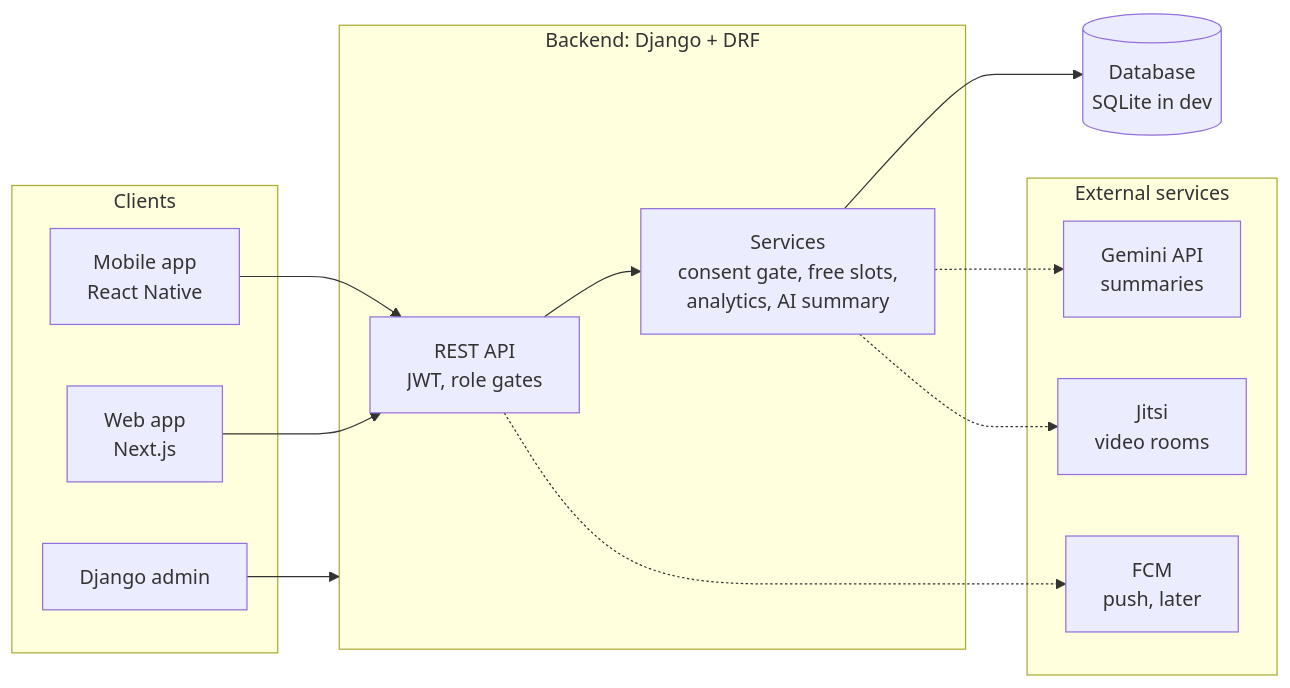
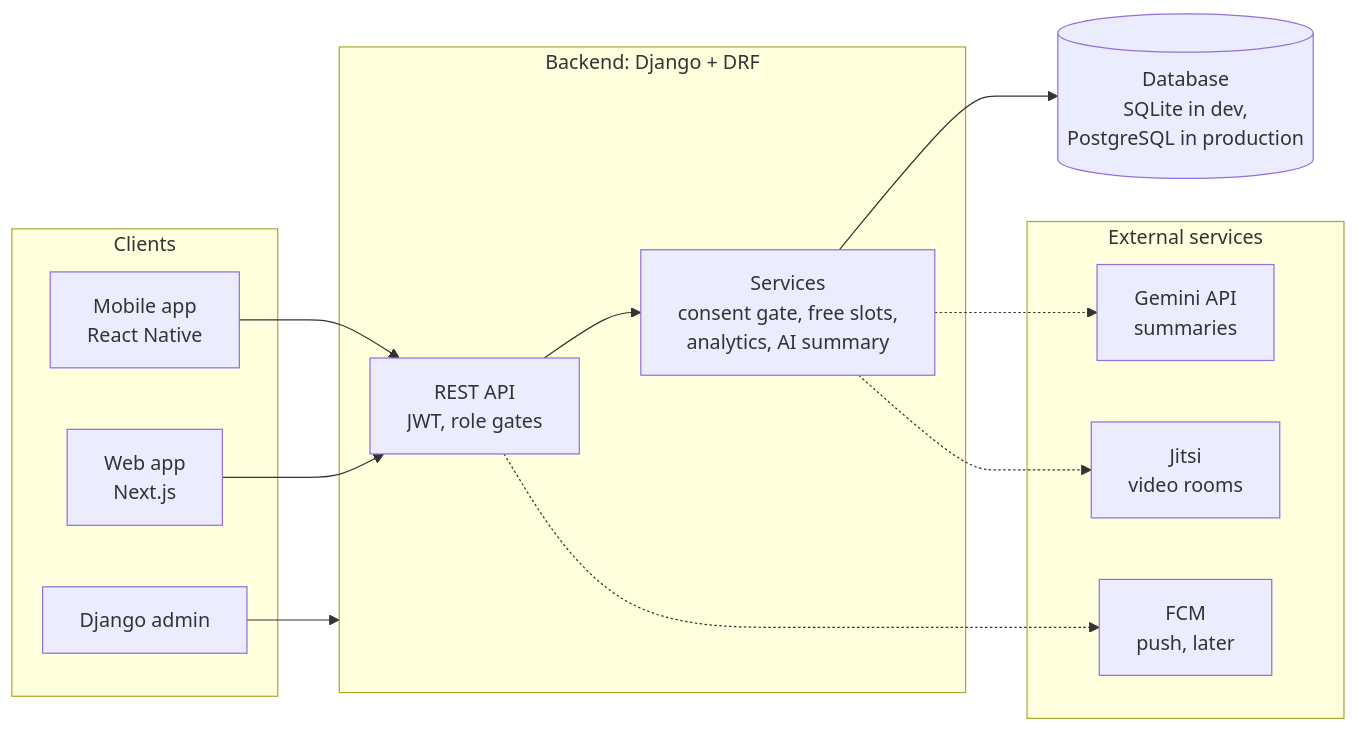
Before and after one commit to meriemchebab/Rahati: the first of 9 diagrams in README.md, drawn with Mermaid. The commit also changed other lines of this file and 2 other files, not shown here.

````diff
--- a/README.md
+++ b/README.md
@@ -164,26 +283,26 @@
 ```mermaid
 flowchart LR
   subgraph Clients
     M["Mobile app<br/>React Native"]
     W["Web app<br/>Next.js"]
     A["Django admin"]
   end
   subgraph Backend["Backend: Django + DRF"]
     API["REST API<br/>JWT, role gates"]
     SVC["Services<br/>consent gate, free slots,<br/>analytics, AI summary"]
   end
-  DB[("Database<br/>SQLite in dev")]
+  DB[("Database<br/>SQLite in dev,<br/>PostgreSQL in production")]
   subgraph External["External services"]
     G["Gemini API<br/>summaries"]
     J["Jitsi<br/>video rooms"]
     F["FCM<br/>push, later"]
   end
   M --> API
   W --> API
   A --> Backend
   API --> SVC
   SVC --> DB
   SVC -.-> G
   SVC -.-> J
   API -.-> F
 ```
````
